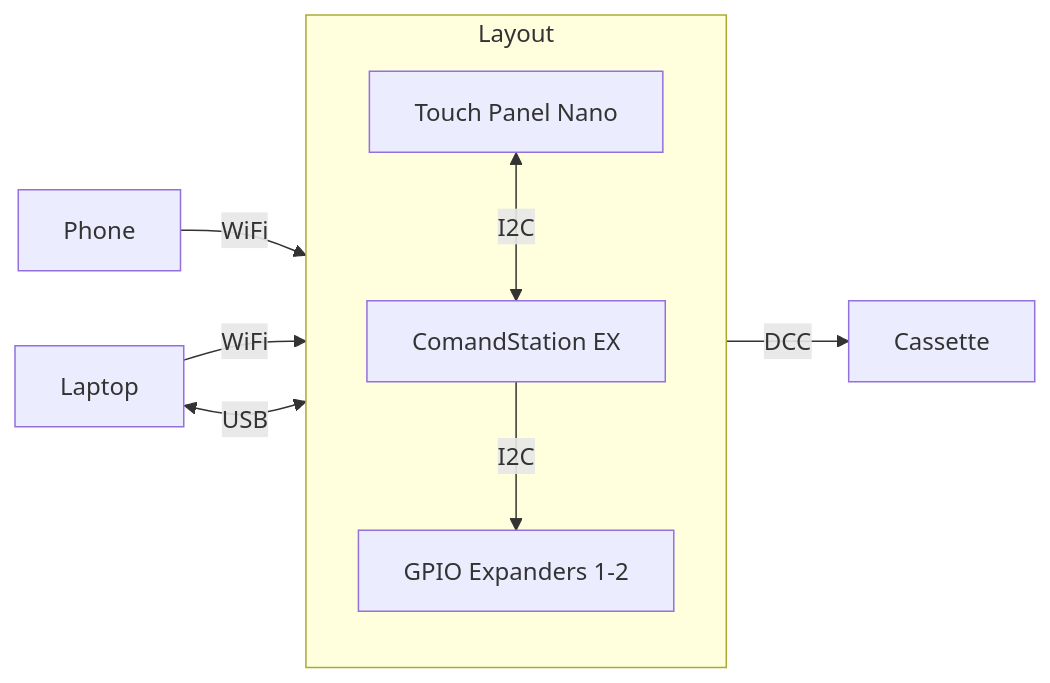
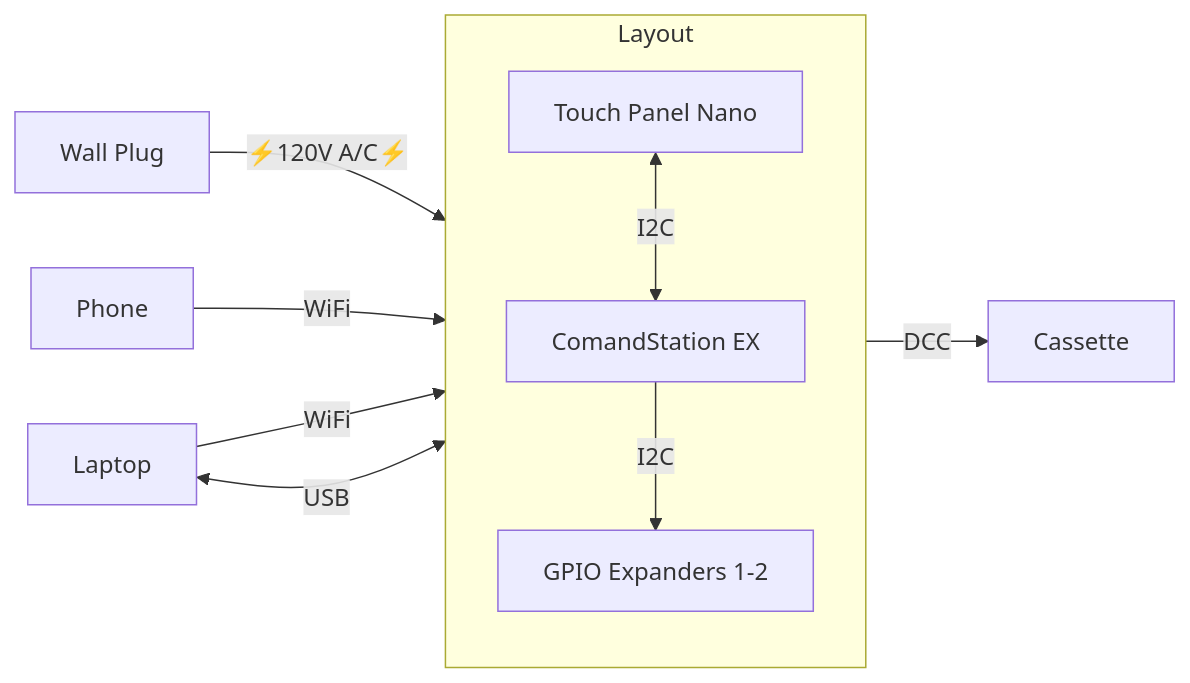
The second of 3 diagrams in README.md (kmltechio/lumber_district), drawn with Mermaid before and after one commit. The commit also changed other lines of this file, not shown here.

````diff
--- a/README.md
+++ b/README.md
@@ -54,16 +56,15 @@
 ```mermaid
 flowchart LR
   subgraph Layout
     CmdStn[ComandStation EX]
     Touch[Touch Panel Nano]
     Gpio["GPIO Expanders 1-2"]
     Touch <-->|I2C| CmdStn
     CmdStn -->|I2C| Gpio
     end
-  Phone
-  Laptop
-  Cassette
+  Wall[Wall Plug]
+  Wall -->|"⚡120V A/C⚡️"| Layout
   Phone & Laptop -->|WiFi| Layout
   Laptop <-->|USB| Layout
   Layout -->|DCC| Cassette
 ```
````
